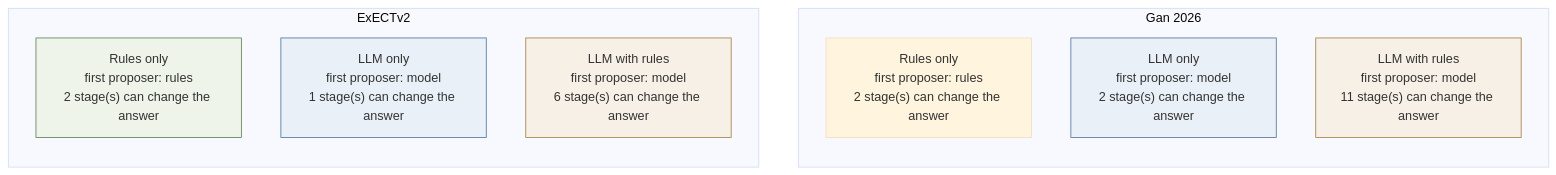
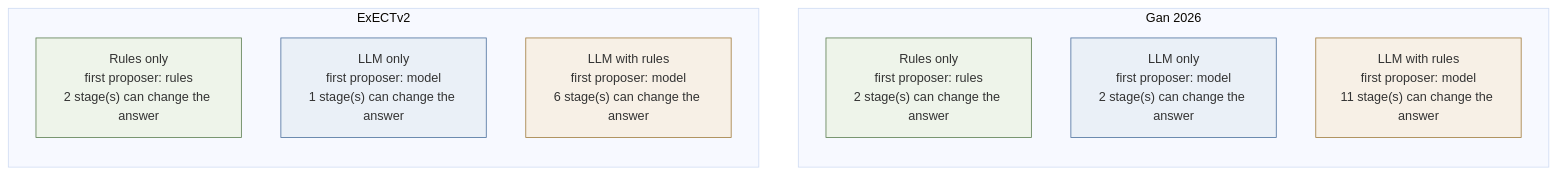
Before and after one commit to cbrown564-alt/clinical_extraction: the diagram in docs/architecture/diagrams/overview.md, drawn with Mermaid (base theme). The commit also changed 9 other files, not shown here.

````diff
--- a/docs/architecture/diagrams/overview.md
+++ b/docs/architecture/diagrams/overview.md
@@ -10,25 +10,26 @@
 ```mermaid
 flowchart TB
   subgraph gan2026[Gan 2026]
     direction TB
     gan2026_rules_only["Rules only<br/>first proposer: rules<br/>2 stage(s) can change the answer"]
     gan2026_llm_only["LLM only<br/>first proposer: model<br/>2 stage(s) can change the answer"]
     gan2026_llm_with_rules["LLM with rules<br/>first proposer: model<br/>11 stage(s) can change the answer"]
   end
   subgraph exectv2[ExECTv2]
     direction TB
     exectv2_rules_only["Rules only<br/>first proposer: rules<br/>2 stage(s) can change the answer"]
     exectv2_llm_only["LLM only<br/>first proposer: model<br/>1 stage(s) can change the answer"]
     exectv2_llm_with_rules["LLM with rules<br/>first proposer: model<br/>6 stage(s) can change the answer"]
   end
 
   class gan2026_rules_only rules;
   class gan2026_llm_only llm_only;
   class gan2026_llm_with_rules llm_with_rules;
   class exectv2_rules_only rules_only;
   class exectv2_llm_only llm_only;
   class exectv2_llm_with_rules llm_with_rules;
+  classDef rules fill:#eef4ea,stroke:#5a7d4f;
   classDef rules_only fill:#eef4ea,stroke:#5a7d4f;
   classDef llm_only fill:#eaf0f7,stroke:#4a6f9c;
   classDef llm_with_rules fill:#f7f0e6,stroke:#a07b3c;
 ```
````
